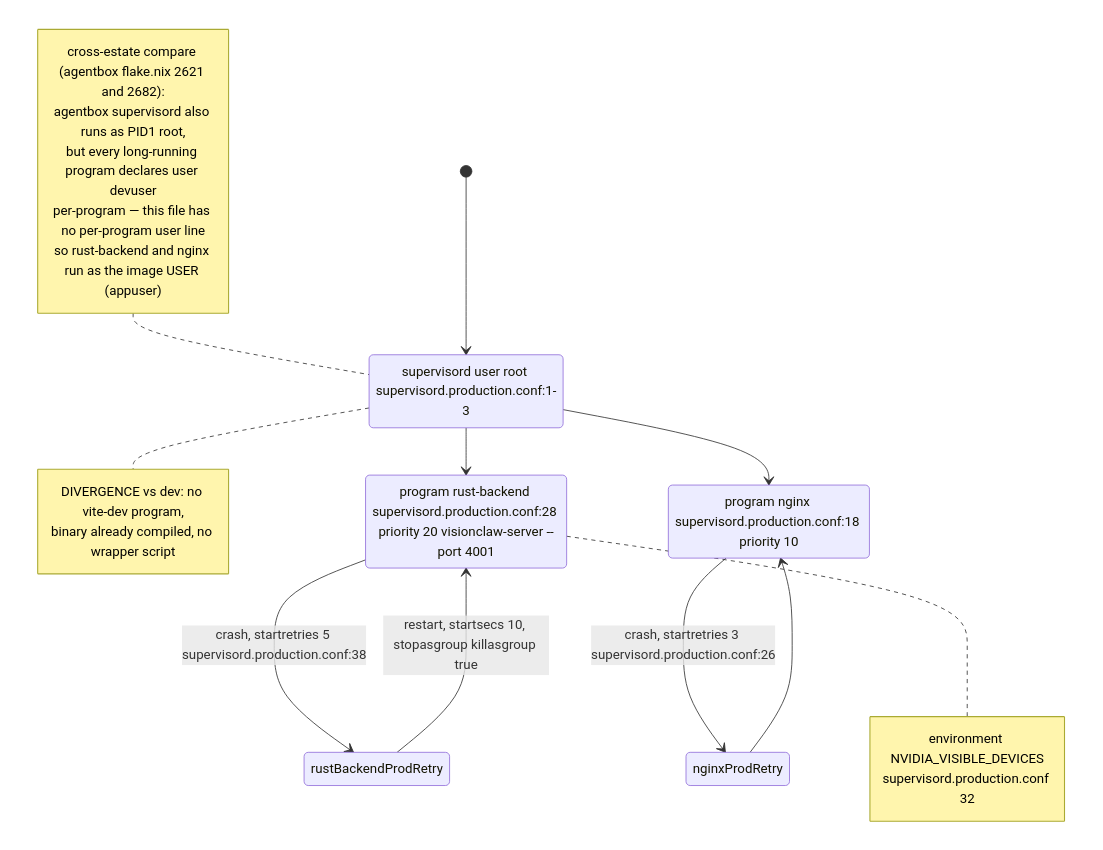
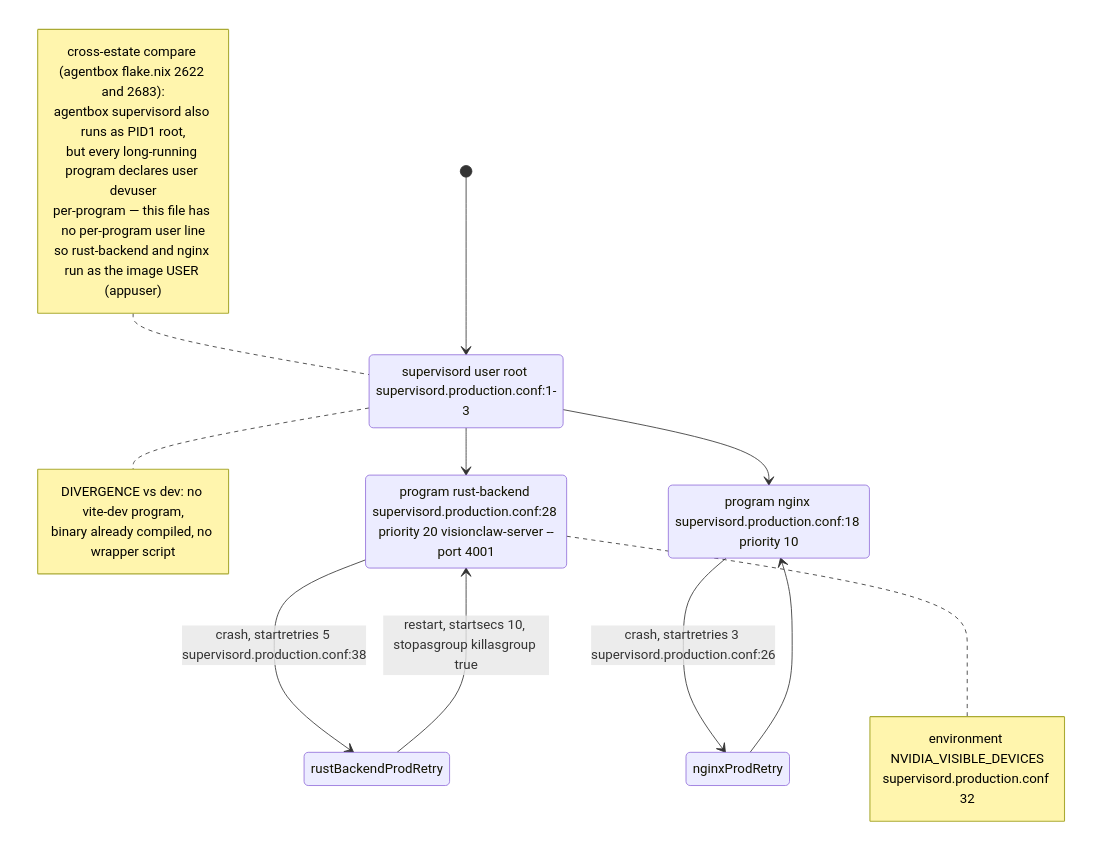
The seventh of 24 diagrams in docs/diagrams/estate/09-build-deploy-and-ci-estate.md (DreamLab-AI/VisionFlow), drawn with Mermaid before and after one commit. The commit also changed other lines of this file and 145 other files, not shown here.

````diff
--- a/docs/diagrams/estate/09-build-deploy-and-ci-estate.md
+++ b/docs/diagrams/estate/09-build-deploy-and-ci-estate.md
@@ -267,31 +269,31 @@
 ```mermaid
 stateDiagram-v2
     [*] --> supervisordRootProd
     supervisordRootProd: supervisord user root supervisord.production.conf:1-3
     supervisordRootProd --> nginxProd
     supervisordRootProd --> rustBackendProd
 
     nginxProd: program nginx supervisord.production.conf:18 priority 10
     rustBackendProd: program rust-backend supervisord.production.conf:28 priority 20 visionclaw-server --port 4001
 
     rustBackendProd --> rustBackendProdRetry: crash, startretries 5 supervisord.production.conf:38
     rustBackendProdRetry --> rustBackendProd: restart, startsecs 10, stopasgroup killasgroup true
     nginxProd --> nginxProdRetry: crash, startretries 3 supervisord.production.conf:26
     nginxProdRetry --> nginxProd
 
     note right of rustBackendProd
         environment NVIDIA_VISIBLE_DEVICES
         supervisord.production.conf 32
     end note
     note right of supervisordRootProd
         DIVERGENCE vs dev: no vite-dev program,
         binary already compiled, no wrapper script
     end note
     note left of supervisordRootProd
-        cross-estate compare (agentbox flake.nix 2621 and 2682):
+        cross-estate compare (agentbox flake.nix 2622 and 2683):
         agentbox supervisord also runs as PID1 root,
         but every long-running program declares user devuser
         per-program — this file has no per-program user line
         so rust-backend and nginx run as the image USER (appuser)
     end note
 ```
````
